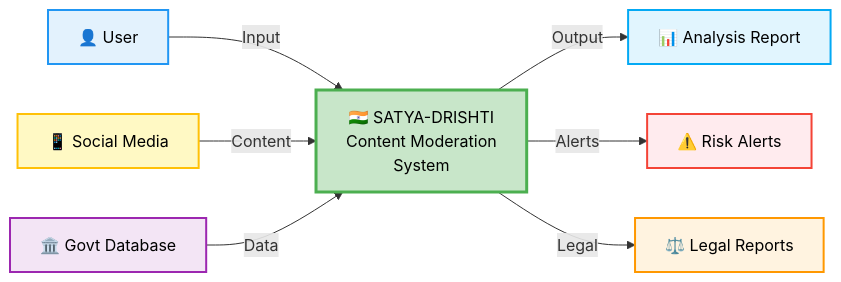
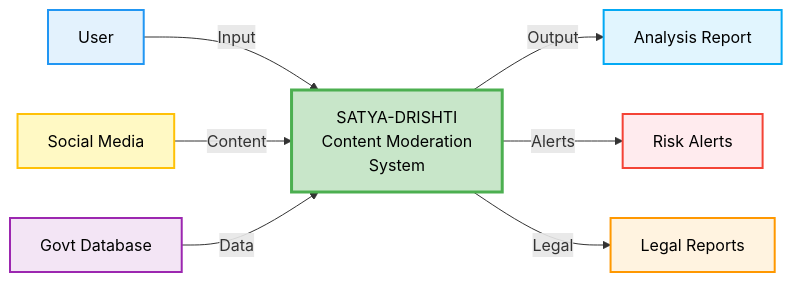
One commit to AbhishekGiri04/SATYA-DRISHTI changed the second of 6 diagrams in README.md. Above: the diagram before and after it, drawn with Mermaid. The commit also changed other lines of this file, not shown here.

Commit message:
Replace architecture diagrams and add team section with images

````diff
--- a/README.md
+++ b/README.md
@@ -193,17 +210,17 @@
 ```mermaid
 graph LR
-    A[👤 User] -->|Input| B["🇮🇳 SATYA-DRISHTI<br/>Content Moderation<br/>System"]
-    C[📱 Social Media] -->|Content| B
-    D[🏛️ Govt Database] -->|Data| B
-    B -->|Output| E[📊 Analysis Report]
-    B -->|Alerts| F[⚠️ Risk Alerts]
-    B -->|Legal| G[⚖️ Legal Reports]
+    A[ User] -->|Input| B[" SATYA-DRISHTI<br/>Content Moderation<br/>System"]
+    C[ Social Media] -->|Content| B
+    D[ Govt Database] -->|Data| B
+    B -->|Output| E[ Analysis Report]
+    B -->|Alerts| F[ Risk Alerts]
+    B -->|Legal| G[ Legal Reports]
     
     style A fill:#E3F2FD,stroke:#2196F3,stroke-width:2px,color:#000
     style B fill:#C8E6C9,stroke:#4CAF50,stroke-width:3px,color:#000
     style C fill:#FFF9C4,stroke:#FFC107,stroke-width:2px,color:#000
     style D fill:#F3E5F5,stroke:#9C27B0,stroke-width:2px,color:#000
     style E fill:#E1F5FE,stroke:#03A9F4,stroke-width:2px,color:#000
     style F fill:#FFEBEE,stroke:#F44336,stroke-width:2px,color:#000
     style G fill:#FFF3E0,stroke:#FF9800,stroke-width:2px,color:#000
 ```
````
